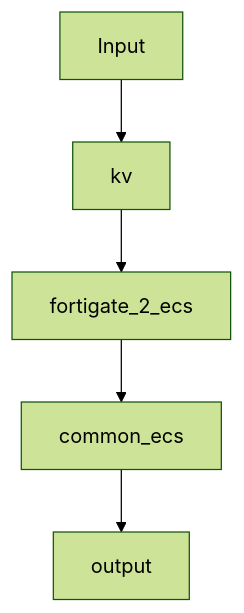
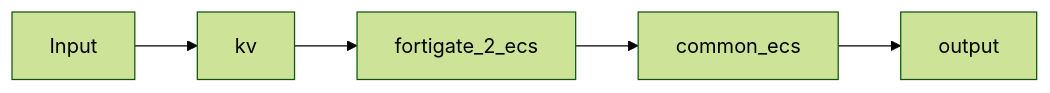
Before and after one commit to enotspe/fortinet-2-elasticsearch: the diagram in README.md, drawn with Mermaid (forest theme).

Commit message:
horizontal workflow

````diff
--- a/README.md
+++ b/README.md
@@ -207,7 +207,7 @@
 ```mermaid
-graph TD;
+graph LR;
     Input-->kv;
     kv-->fortigate_2_ecs;
     fortigate_2_ecs-->common_ecs;
     common_ecs-->output;
 ```
````
